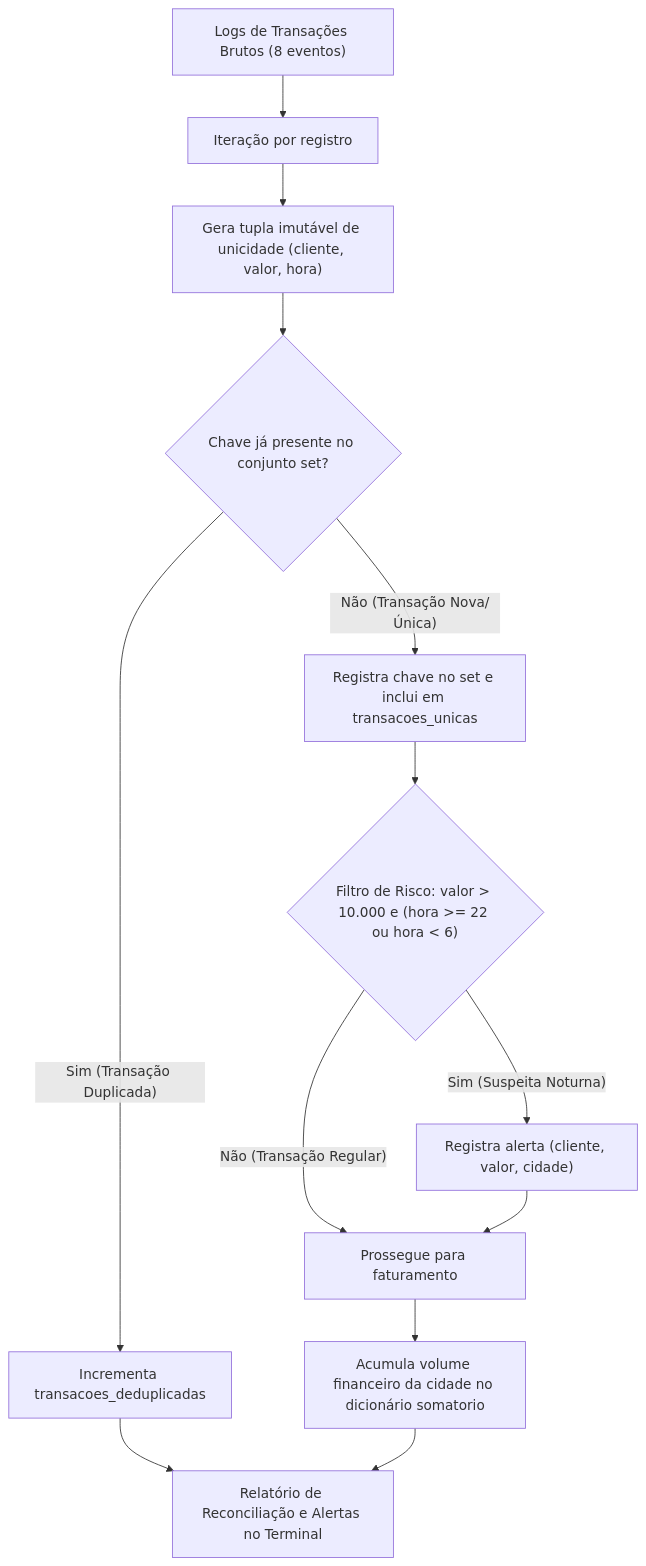
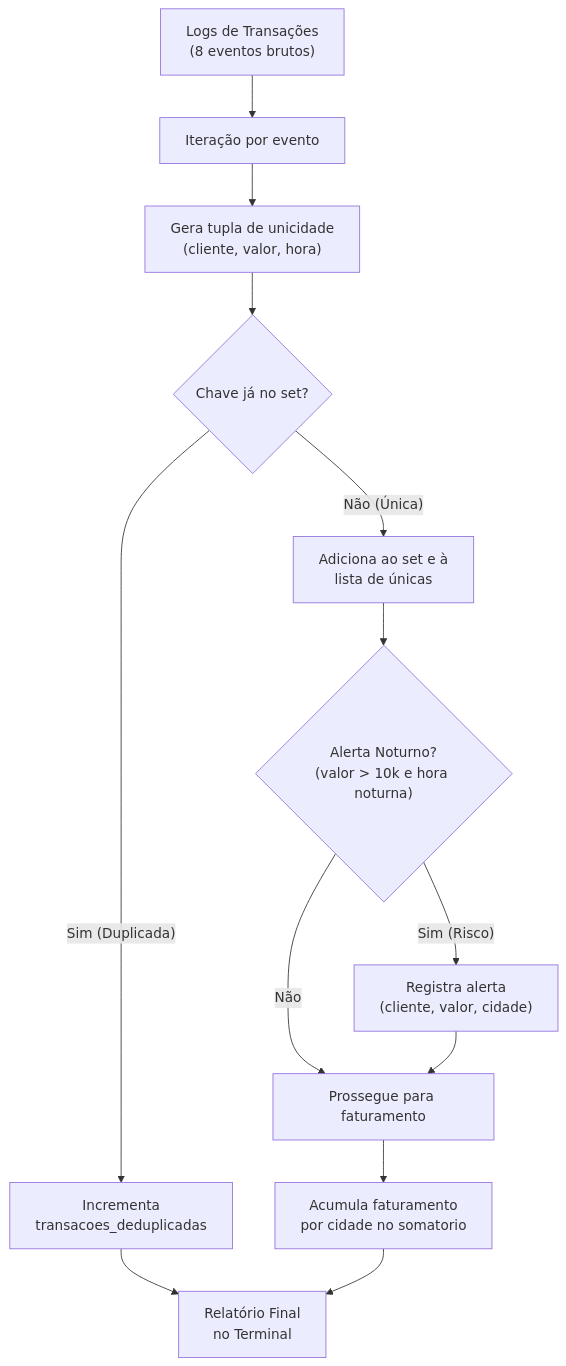
Before and after one commit to ryanaurelio2005/python-pure-data-challenges: the second of 4 diagrams in README.md, drawn with Mermaid. The commit also changed other lines of this file, not shown here.

Commit message:
docs: optimize Mermaid diagram text wrapping to prevent label clipping on GitHub

````diff
--- a/README.md
+++ b/README.md
@@ -54,15 +54,15 @@
 ```mermaid
 flowchart TD
-    A["Logs de Transações Brutos (8 eventos)"] --> B["Iteração por registro"]
-    B --> C["Gera tupla imutável de unicidade (cliente, valor, hora)"]
-    C --> D{"Chave já presente no conjunto set?"}
-    D -- "Sim (Transação Duplicada)" --> E["Incrementa transacoes_deduplicadas"]
-    D -- "Não (Transação Nova/Única)" --> F["Registra chave no set e inclui em transacoes_unicas"]
-    F --> G{"Filtro de Risco: valor > 10.000 e (hora >= 22 ou hora < 6)"}
-    G -- "Sim (Suspeita Noturna)" --> H["Registra alerta (cliente, valor, cidade)"]
-    G -- "Não (Transação Regular)" --> I["Prossegue para faturamento"]
+    A["Logs de Transações<br/>(8 eventos brutos)"] --> B["Iteração por evento"]
+    B --> C["Gera tupla de unicidade<br/>(cliente, valor, hora)"]
+    C --> D{"Chave já no set?"}
+    D -- "Sim (Duplicada)" --> E["Incrementa<br/>transacoes_deduplicadas"]
+    D -- "Não (Única)" --> F["Adiciona ao set e à<br/>lista de únicas"]
+    F --> G{"Alerta Noturno?<br/>(valor > 10k e hora noturna)"}
+    G -- "Sim (Risco)" --> H["Registra alerta<br/>(cliente, valor, cidade)"]
+    G -- "Não" --> I["Prossegue para faturamento"]
     H --> I
-    I --> J["Acumula volume financeiro da cidade no dicionário somatorio"]
-    E --> K["Relatório de Reconciliação e Alertas no Terminal"]
+    I --> J["Acumula faturamento<br/>por cidade no somatorio"]
+    E --> K["Relatório Final<br/>no Terminal"]
     J --> K
 ```
````
